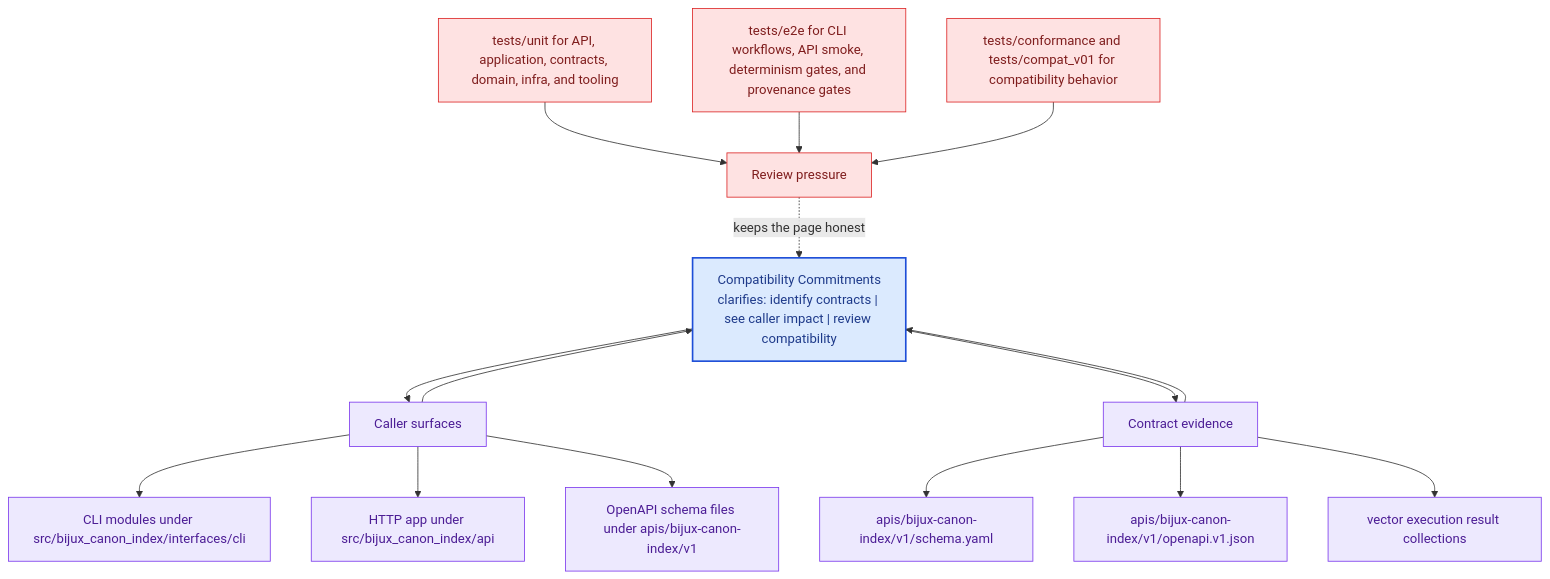
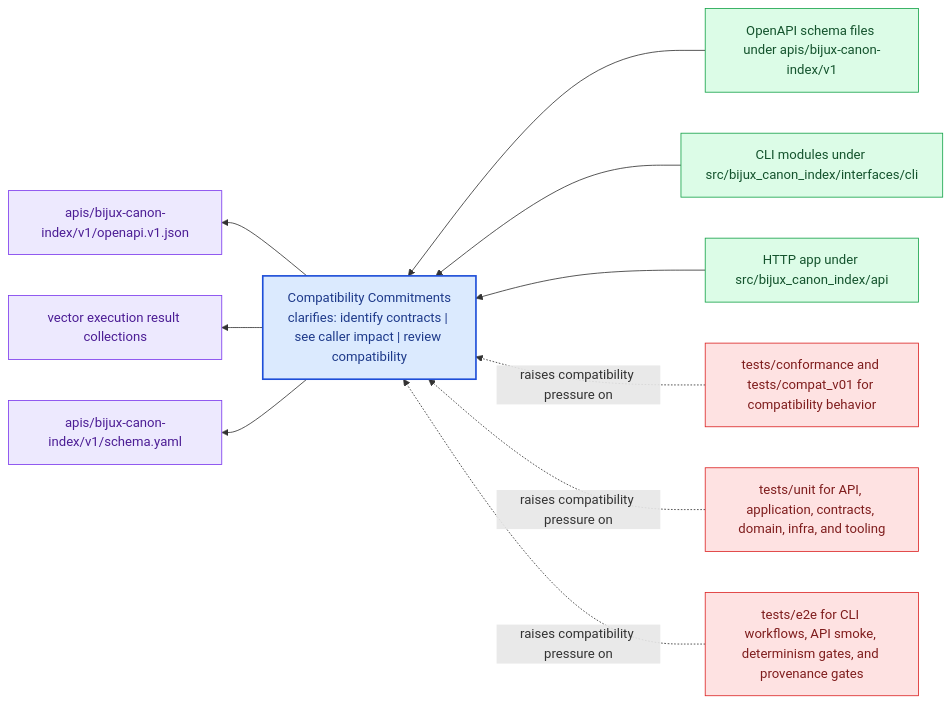
One commit to bijux/bijux-canon changed the diagram in docs/bijux-canon-index/interfaces/compatibility-commitments.md. Above: the diagram before and after it, drawn with Mermaid. The commit also changed other lines of this file and 281 other files, not shown here.

Commit message:
docs(diagrams): replace repeated mermaid scaffolds with page-specific summaries

````diff
--- a/docs/bijux-canon-index/interfaces/compatibility-commitments.md
+++ b/docs/bijux-canon-index/interfaces/compatibility-commitments.md
@@ -68,41 +23,31 @@
 ```mermaid
-flowchart TB
-    promise["Compatibility Commitments<br/>clarifies: identify contracts | see caller impact | review compatibility"]
-    classDef promise fill:#dbeafe,stroke:#1d4ed8,color:#1e3a8a,stroke-width:2px;
-    classDef driver fill:#dcfce7,stroke:#16a34a,color:#14532d;
-    classDef constraint fill:#fee2e2,stroke:#dc2626,color:#7f1d1d;
-    classDef ground fill:#ede9fe,stroke:#7c3aed,color:#4c1d95;
-    focus1["Caller surfaces"]
-    focus1 --> promise
-    promise --> focus1
-    focus1_1["CLI modules under src/bijux_canon_index/interfaces/cli"]
-    focus1 --> focus1_1
-    focus1_2["HTTP app under src/bijux_canon_index/api"]
-    focus1 --> focus1_2
-    focus1_3["OpenAPI schema files under apis/bijux-canon-index/v1"]
-    focus1 --> focus1_3
-    class focus1 ground;
-    class focus1_1,focus1_2,focus1_3 ground;
-    focus2["Contract evidence"]
-    focus2 --> promise
-    promise --> focus2
-    focus2_1["apis/bijux-canon-index/v1/schema.yaml"]
-    focus2 --> focus2_1
-    focus2_2["apis/bijux-canon-index/v1/openapi.v1.json"]
-    focus2 --> focus2_2
-    focus2_3["vector execution result collections"]
-    focus2 --> focus2_3
-    class focus2 ground;
-    class focus2_1,focus2_2,focus2_3 ground;
-    focus3["Review pressure"]
-    focus3 -.keeps the page honest.-> promise
-    focus3_1["tests/unit for API, application, contracts, domain, infra, and tooling"]
-    focus3_1 --> focus3
-    focus3_2["tests/e2e for CLI workflows, API smoke, determinism gates, and provenance gates"]
-    focus3_2 --> focus3
-    focus3_3["tests/conformance and tests/compat_v01 for compatibility behavior"]
-    focus3_3 --> focus3
-    class focus3 constraint;
-    class focus3_1,focus3_2,focus3_3 constraint;
-    class promise promise;
+flowchart RL
+    page["Compatibility Commitments<br/>clarifies: identify contracts | see caller impact | review compatibility"]
+    classDef page fill:#dbeafe,stroke:#1d4ed8,color:#1e3a8a,stroke-width:2px;
+    classDef positive fill:#dcfce7,stroke:#16a34a,color:#14532d;
+    classDef caution fill:#fee2e2,stroke:#dc2626,color:#7f1d1d;
+    classDef anchor fill:#ede9fe,stroke:#7c3aed,color:#4c1d95;
+    classDef action fill:#fef3c7,stroke:#d97706,color:#7c2d12;
+    surface1["OpenAPI schema files under apis/bijux-canon-index/v1"]
+    surface1 --> page
+    surface2["CLI modules under src/bijux_canon_index/interfaces/cli"]
+    surface2 --> page
+    surface3["HTTP app under src/bijux_canon_index/api"]
+    surface3 --> page
+    proof1["apis/bijux-canon-index/v1/openapi.v1.json"]
+    page --> proof1
+    proof2["vector execution result collections"]
+    page --> proof2
+    proof3["apis/bijux-canon-index/v1/schema.yaml"]
+    page --> proof3
+    review1["tests/conformance and tests/compat_v01 for compatibility behavior"]
+    review1 -.raises compatibility pressure on.-> page
+    review2["tests/unit for API, application, contracts, domain, infra, and tooling"]
+    review2 -.raises compatibility pressure on.-> page
+    review3["tests/e2e for CLI workflows, API smoke, determinism gates, and provenance gates"]
+    review3 -.raises compatibility pressure on.-> page
+    class page page;
+    class surface1,surface2,surface3 positive;
+    class proof1,proof2,proof3 anchor;
+    class review1,review2,review3 caution;
 ```
````
